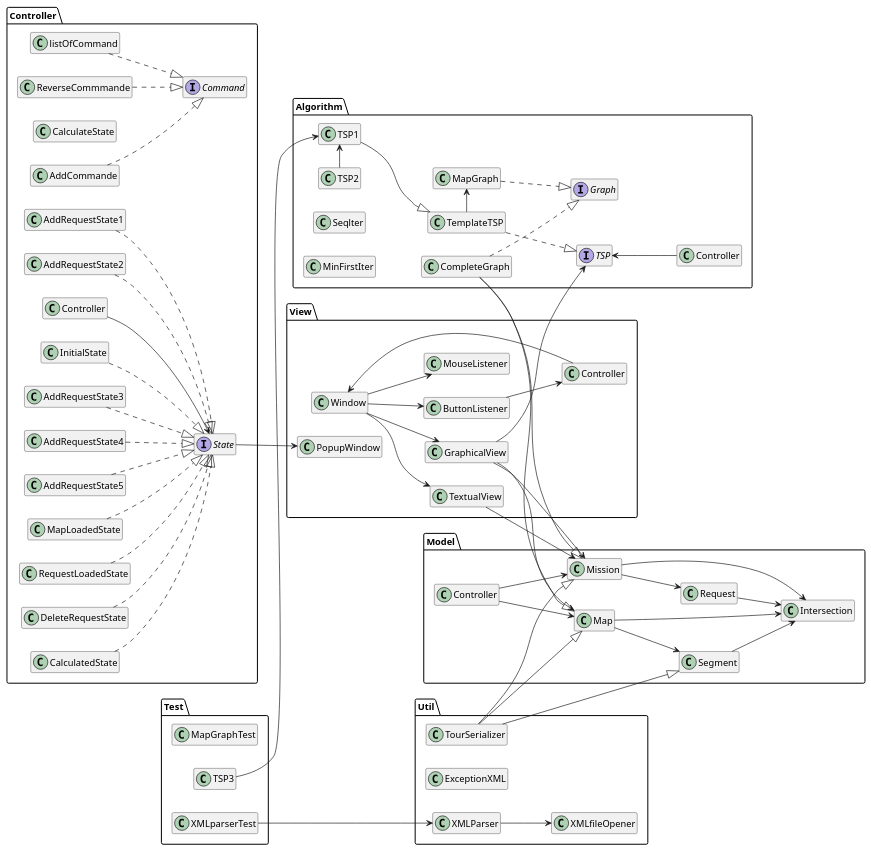
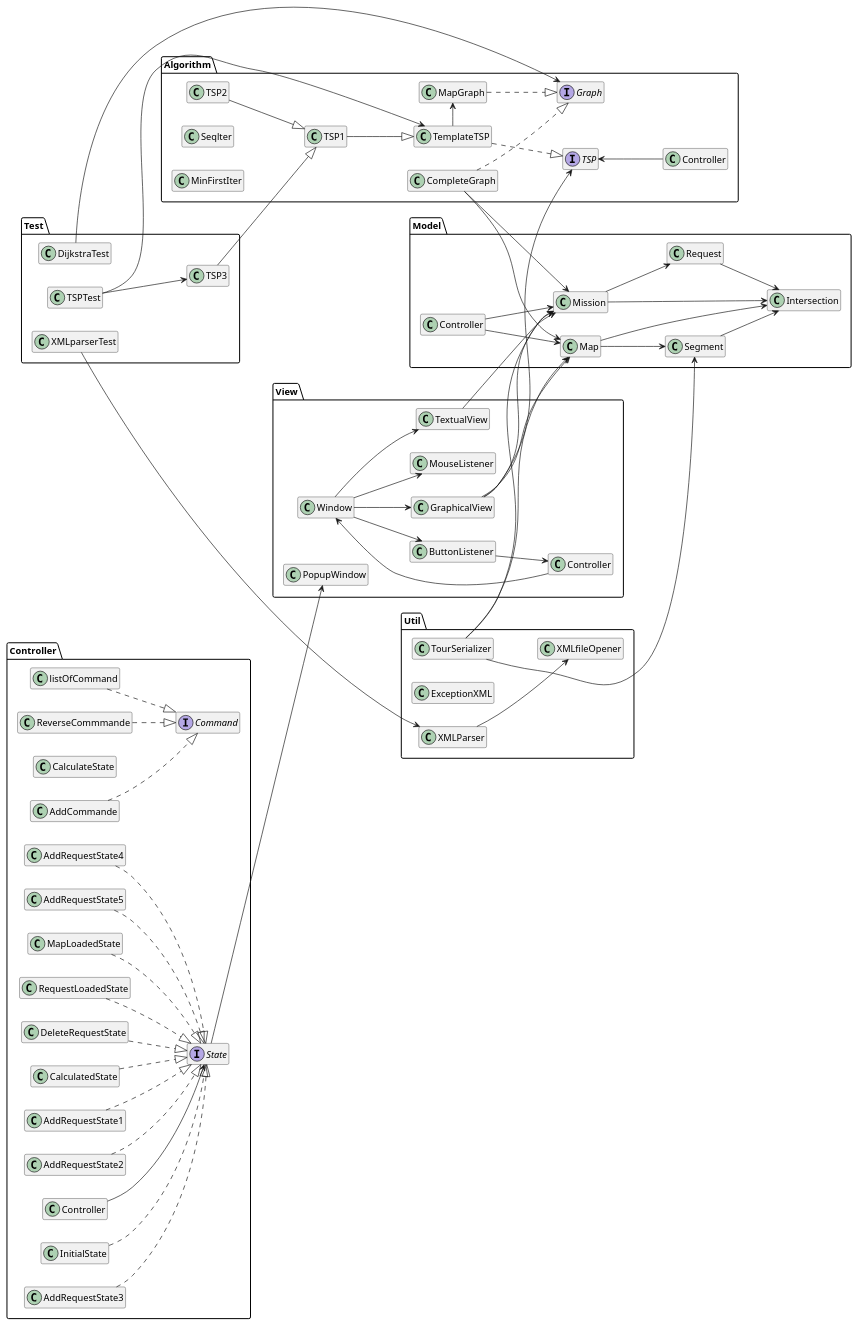
Before and after one commit to Karlenkko/Agile-OnErrand: the diagram in src/documentation/PackageDiagram.puml, drawn with PlantUML.

Commit message:
doc(Packagediagramme):final version of PackageDiagram.puml

```diff
--- a/src/documentation/PackageDiagram.puml
+++ b/src/documentation/PackageDiagram.puml
@@ -1,128 +1,133 @@
 @startuml
 
 hide members
 left to right direction
 Package Controller{
     class Controller
 
     interface Command
     class InitialState
     class CalculateState
     class MapLoadedState
     class RequestLoadedState
     class listOfCommand
     class ReverseCommmande
     class AddCommande
     class DeleteRequestState
 
     interface State
     Controller --> State
     InitialState ..|> State
     CalculatedState ..|> State
     MapLoadedState ..|> State
     RequestLoadedState ..|> State
     AddRequestState1..|> State
     AddRequestState2..|> State
     AddRequestState3..|> State
     AddRequestState4..|> State
     AddRequestState5..|> State
     DeleteRequestState..|> State
 
     listOfCommand ..|> Command
     ReverseCommmande ..|> Command
     AddCommande ..|> Command
 }
 Package Util{
     class XMLParser
     class XMLfileOpener
     class ExceptionXML
     class TourSerializer
 
 
     XMLParser --> XMLfileOpener
 
 }
 Package Algorithm{
     interface TSP
     class TSP1
     class TSP2
     class TemplateTSP
     interface Graph
     class CompleteGraph
     class MapGraph
     class Seqlter
     class MinFirstIter
 
 
-    TSP2 -> TSP1
+    TSP2 --|> TSP1
     TemplateTSP -> MapGraph
     Controller -up-> TSP
     TSP1 --|> TemplateTSP
     TemplateTSP ..|> TSP
     CompleteGraph..|> Graph
     MapGraph..|> Graph
 
 }
 Package Model{
     class Intersection
     class Map
     class Mission
     class Request
     class Segment
 
-    CompleteGraph --|> Mission
-    CompleteGraph --|> Map
+    CompleteGraph --> Mission
+    CompleteGraph --> Map
 
-    TourSerializer --|> Map
-    TourSerializer --|> Mission
-    TourSerializer --|> Segment
+    TourSerializer --> Map
+    TourSerializer --> Mission
+    TourSerializer --> Segment
 
     Map --> Intersection
     Map --> Segment
     Controller --> Map
 
     Controller --> Mission
     Mission --> Intersection
     Mission --> Request
 
     Request --> Intersection
     Segment --> Intersection
 
 }
 Package Test{
-    class MapGraphTest
+    class DijkstraTest
+    class TSPTest
+    class TSP3
     class XMLparserTest
-    class TSP3
 
-    TSP3 --> TSP1
+
+    TSP3 --|> TSP1
     XMLparserTest --> XMLParser
+    TSPTest --> TemplateTSP
+    TSPTest --> TSP3
+    DijkstraTest --> Graph
 }
 Package View{
     class Window
     class TextualView
     class GraphicalView
     class ButtonListener
     class MouseListener
     class PopupWindow
 
     State --> PopupWindow
     Controller --> Window
     Window --> TextualView
     Window --> GraphicalView
     Window --> ButtonListener
     Window --> MouseListener
 
     TextualView --> Mission
 
     GraphicalView --> Map
     GraphicalView --> Mission
     GraphicalView --> TSP
 
     ButtonListener --> Controller
 
 }
 
 
 
 
 @enduml
```
